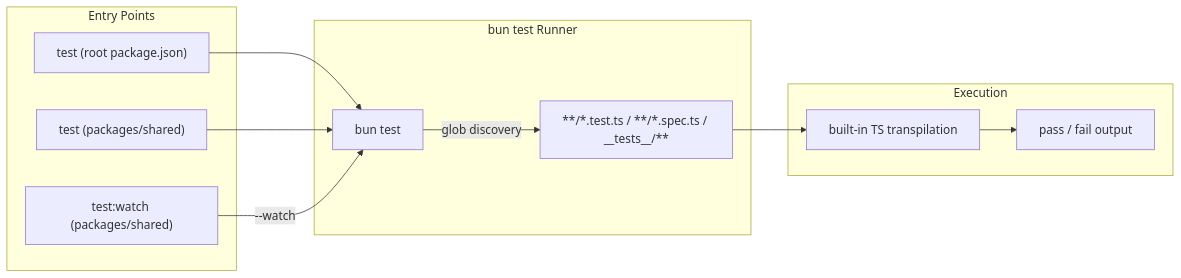
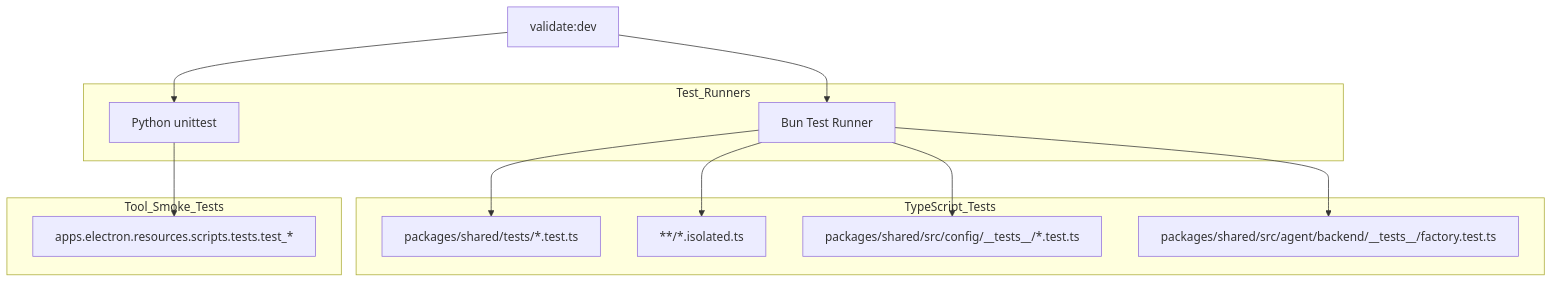
The third of 3 diagrams in docs/lukilabs_craft-agents-oss/development-guide/code-quality-and-type-checking.md (blackcater/zentree), drawn with Mermaid before and after one commit. The commit also changed other lines of this file and 232 other files, not shown here.

````diff
--- a/docs/lukilabs_craft-agents-oss/development-guide/code-quality-and-type-checking.md
+++ b/docs/lukilabs_craft-agents-oss/development-guide/code-quality-and-type-checking.md
@@ -223,24 +170,28 @@
 ```mermaid
-graph LR
-    subgraph "Entry Points"
-        RootTest["test (root package.json)"]
-        SharedTest["test (packages/shared)"]
-        SharedWatch["test:watch (packages/shared)"]
+graph TD
+    subgraph "Test_Runners"
+        BunRunner["Bun Test Runner"]
+        PyRunner["Python unittest"]
     end
 
-    subgraph "bun test Runner"
-        BunRunner["bun test"]
-        TestFiles["**/*.test.ts / **/*.spec.ts / __tests__/**"]
-        BunRunner -->|"glob discovery"| TestFiles
+    subgraph "TypeScript_Tests"
+        SharedTests["packages/shared/tests/*.test.ts"]
+        IsolatedTests["**/*.isolated.ts"]
+        ConfigTests["packages/shared/src/config/__tests__/*.test.ts"]
+        AgentTests["packages/shared/src/agent/backend/__tests__/factory.test.ts"]
     end
 
-    subgraph "Execution"
-        TSTransform["built-in TS transpilation"]
-        Results["pass / fail output"]
-        TestFiles --> TSTransform --> Results
+    subgraph "Tool_Smoke_Tests"
+        DocTools["apps.electron.resources.scripts.tests.test_*"]
     end
 
-    RootTest --> BunRunner
-    SharedTest --> BunRunner
-    SharedWatch -->|"--watch"| BunRunner
+    BunRunner --> SharedTests
+    BunRunner --> IsolatedTests
+    BunRunner --> ConfigTests
+    BunRunner --> AgentTests
+    
+    PyRunner --> DocTools
+
+    ValidateDev["validate:dev"] --> BunRunner
+    ValidateDev --> PyRunner
 ```
````
